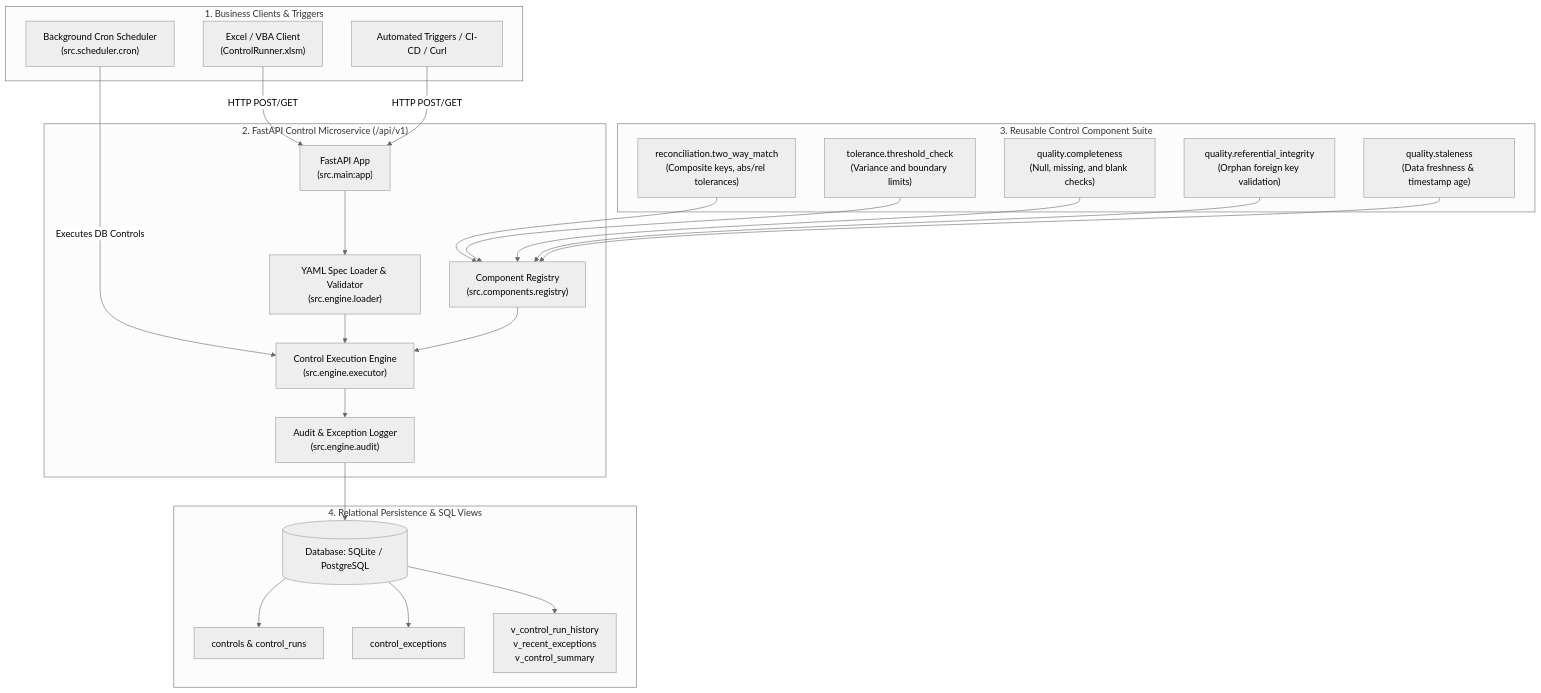
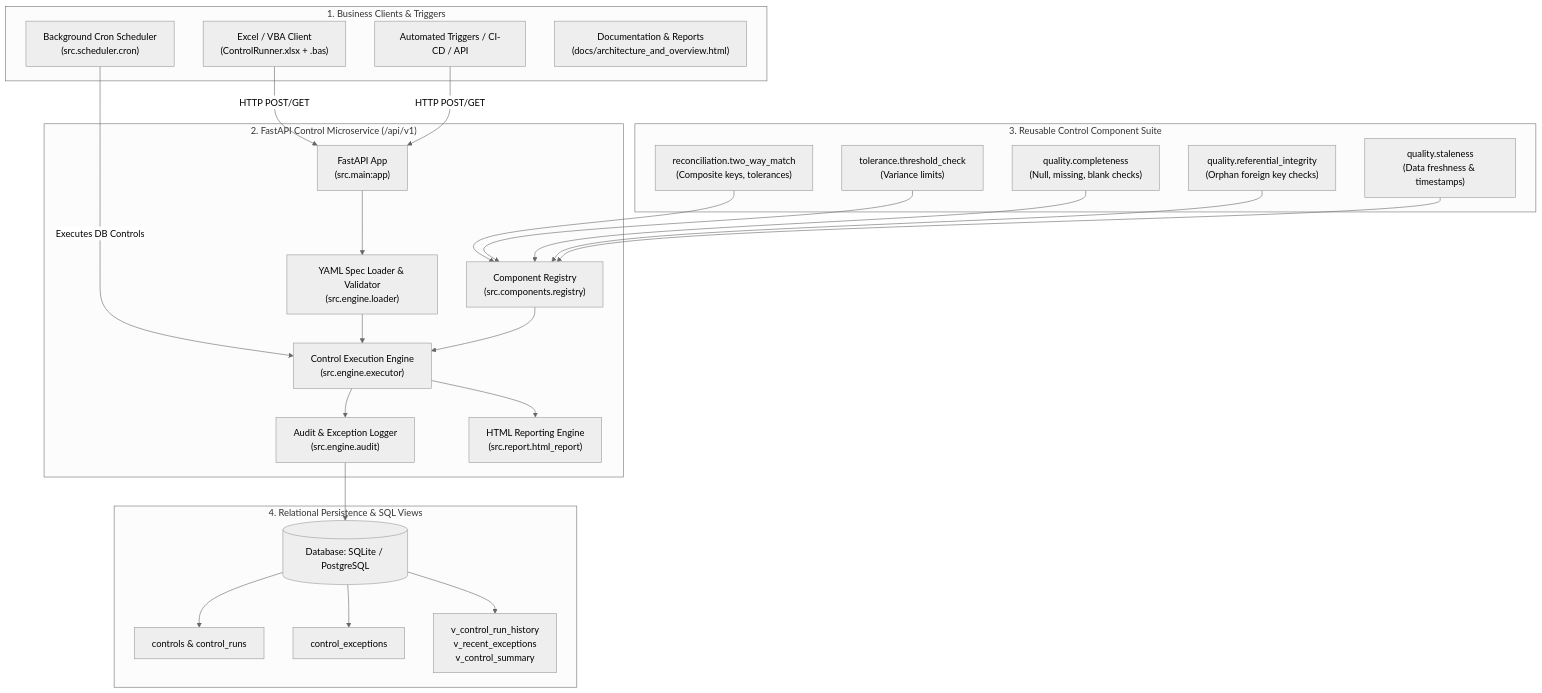
The diagram in README.md (AmberVats/control-automation-service), drawn with Mermaid (neutral theme) before and after one commit. The commit also changed other lines of this file and 2 other files, not shown here.

Commit message:
docs: add comprehensive project overview guide, setup instructions, and interactive architecture documentation HTML

````diff
--- a/README.md
+++ b/README.md
@@ -15,51 +32,54 @@
 ```mermaid
 flowchart TD
     subgraph Clients["1. Business Clients & Triggers"]
-        VBA["Excel / VBA Client\n(ControlRunner.xlsm)"]
-        HTTP["Automated Triggers / CI-CD / Curl"]
+        VBA["Excel / VBA Client\n(ControlRunner.xlsx + .bas)"]
+        HTTP["Automated Triggers / CI-CD / API"]
         CRON["Background Cron Scheduler\n(src.scheduler.cron)"]
+        HTMLDoc["Documentation & Reports\n(docs/architecture_and_overview.html)"]
     end
 
     subgraph Service["2. FastAPI Control Microservice (/api/v1)"]
         API["FastAPI App\n(src.main:app)"]
         Loader["YAML Spec Loader & Validator\n(src.engine.loader)"]
         Registry["Component Registry\n(src.components.registry)"]
         Executor["Control Execution Engine\n(src.engine.executor)"]
         Audit["Audit & Exception Logger\n(src.engine.audit)"]
+        Reporter["HTML Reporting Engine\n(src.report.html_report)"]
     end
 
     subgraph Components["3. Reusable Control Component Suite"]
-        C1["reconciliation.two_way_match\n(Composite keys, abs/rel tolerances)"]
-        C2["tolerance.threshold_check\n(Variance and boundary limits)"]
-        C3["quality.completeness\n(Null, missing, and blank checks)"]
-        C4["quality.referential_integrity\n(Orphan foreign key validation)"]
-        C5["quality.staleness\n(Data freshness & timestamp age)"]
+        C1["reconciliation.two_way_match\n(Composite keys, tolerances)"]
+        C2["tolerance.threshold_check\n(Variance limits)"]
+        C3["quality.completeness\n(Null, missing, blank checks)"]
+        C4["quality.referential_integrity\n(Orphan foreign key checks)"]
+        C5["quality.staleness\n(Data freshness & timestamps)"]
     end
 
     subgraph Persistence["4. Relational Persistence & SQL Views"]
         DB[(Database: SQLite / PostgreSQL)]
         T1["controls & control_runs"]
         T2["control_exceptions"]
         V1["v_control_run_history\nv_recent_exceptions\nv_control_summary"]
     end
 
     VBA -->|HTTP POST/GET| API
     HTTP -->|HTTP POST/GET| API
     CRON -->|Executes DB Controls| Executor
 
     API --> Loader
     Loader --> Executor
     Registry --> Executor
 
     C1 --> Registry
     C2 --> Registry
     C3 --> Registry
     C4 --> Registry
     C5 --> Registry
 
     Executor --> Audit
+    Executor --> Reporter
     Audit --> DB
     DB --> T1
     DB --> T2
     DB --> V1
 ```
````
